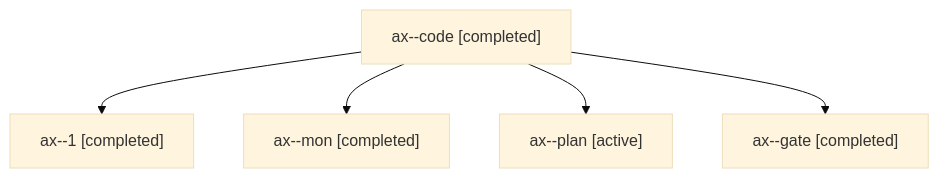
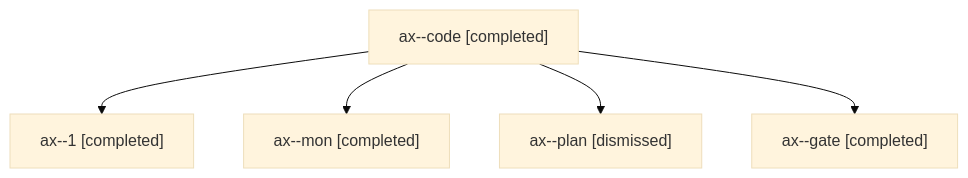
The diagram in sessions/bbugyi200.apollo.ax.md (bobs-org/bob-cli--agents), drawn with Mermaid (base theme) before and after one commit. The commit also changed other lines of this file and 24 other files, not shown here.

````diff
--- a/sessions/bbugyi200.apollo.ax.md
+++ b/sessions/bbugyi200.apollo.ax.md
@@ -9,12 +9,12 @@
 ```mermaid
 flowchart TD
   n0["ax--code [completed]"]
   n1["ax--1 [completed]"]
   n0 --> n1
   n2["ax--mon [completed]"]
   n0 --> n2
-  n3["ax--plan [active]"]
+  n3["ax--plan [dismissed]"]
   n0 --> n3
   n4["ax--gate [completed]"]
   n0 --> n4
 ```
````
